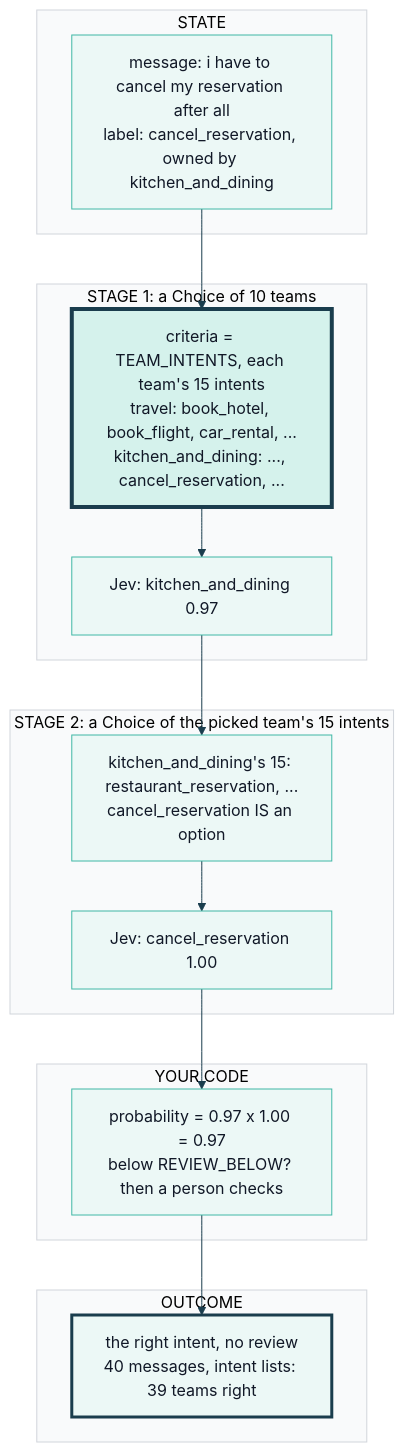
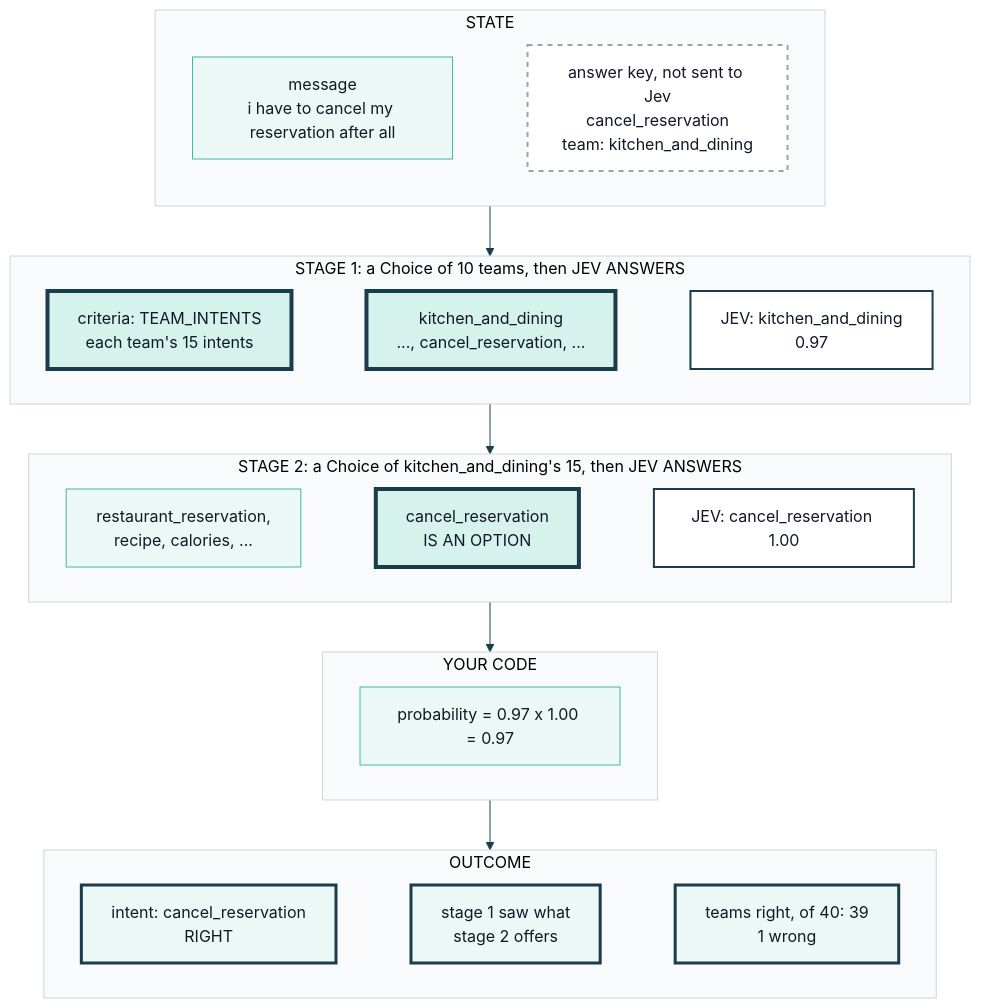
Before and after one commit to axel-sirota/getting_started_jev: the diagram in course/diagrams/module_02/p3-solution-criteria-as-data.mmd, drawn with Mermaid. The commit also changed 75 other files, not shown here.

Commit message:
Modules 1 and 2: visual pass (figures redrawn to read-at-a-glance limits, demo charts, lab maps, prose cut)

```diff
--- a/course/diagrams/module_02/p3-solution-criteria-as-data.mmd
+++ b/course/diagrams/module_02/p3-solution-criteria-as-data.mmd
@@ -1,26 +1,43 @@
 %%{init: {"theme": "base", "themeVariables": {"fontFamily": "Inter, sans-serif", "primaryColor": "#ECF8F6", "primaryBorderColor": "#40B8A6", "primaryTextColor": "#111827", "lineColor": "#1A3D4D", "secondaryColor": "#F9FAFB", "tertiaryColor": "#FFFFFF", "clusterBkg": "#F9FAFB", "clusterBorder": "#D1D5DB", "actorBkg": "#ECF8F6", "actorBorder": "#40B8A6", "noteBkgColor": "#FFF6DA", "noteBorderColor": "#E0B84C"}}}%%
-flowchart TD
+flowchart TB
   subgraph STATE["STATE"]
-    S["message: i have to cancel my reservation after all<br/>label: cancel_reservation, owned by kitchen_and_dining"]
+    direction LR
+    S1["message<br/>i have to cancel my reservation after all"]
+    S2["answer key, not sent to Jev<br/>cancel_reservation<br/>team: kitchen_and_dining"]
+    S1 ~~~ S2
   end
-  subgraph STAGE1["STAGE 1: a Choice of 10 teams"]
-    T["criteria = TEAM_INTENTS, each team's 15 intents<br/>travel: book_hotel, book_flight, car_rental, ...<br/>kitchen_and_dining: ..., cancel_reservation, ..."]
-    TA["Jev: kitchen_and_dining 0.97"]
+  subgraph STAGE1["STAGE 1: a Choice of 10 teams, then JEV ANSWERS"]
+    direction LR
+    T1["criteria: TEAM_INTENTS<br/>each team's 15 intents"]
+    T2["kitchen_and_dining<br/>..., cancel_reservation, ..."]
+    T3["JEV: kitchen_and_dining<br/>0.97"]
+    T1 ~~~ T2 ~~~ T3
   end
-  subgraph STAGE2["STAGE 2: a Choice of the picked team's 15 intents"]
-    I["kitchen_and_dining's 15: restaurant_reservation, ...<br/>cancel_reservation IS an option"]
-    IA["Jev: cancel_reservation 1.00"]
+  subgraph STAGE2["STAGE 2: a Choice of kitchen_and_dining's 15, then JEV ANSWERS"]
+    direction LR
+    I1["restaurant_reservation,<br/>recipe, calories, ..."]
+    I2["cancel_reservation<br/>IS AN OPTION"]
+    I3["JEV: cancel_reservation 1.00"]
+    I1 ~~~ I2 ~~~ I3
   end
   subgraph CODE["YOUR CODE"]
-    P["probability = 0.97 x 1.00 = 0.97<br/>below REVIEW_BELOW? then a person checks"]
+    direction LR
+    P["probability = 0.97 x 1.00 = 0.97"]
   end
   subgraph OUTCOME["OUTCOME"]
-    O["the right intent, no review<br/>40 messages, intent lists: 39 teams right"]
+    direction LR
+    O1["intent: cancel_reservation<br/>RIGHT"]
+    O2["stage 1 saw what<br/>stage 2 offers"]
+    O3["teams right, of 40: 39<br/>1 wrong"]
+    O1 ~~~ O2 ~~~ O3
   end
-  S --> T --> TA --> I --> IA --> P --> O
+  STATE --> STAGE1 --> STAGE2 --> CODE --> OUTCOME
 
-  classDef fail fill:#FDECEA,stroke:#B42318,stroke-width:4px
   classDef changed fill:#D5F2EC,stroke:#1A3D4D,stroke-width:4px
+  classDef score fill:#FFFFFF,stroke:#1A3D4D,stroke-width:2px
   classDef ok fill:#ECF8F6,stroke:#1A3D4D,stroke-width:3px
-  class T changed
-  class O ok
+  class T1,T2,I2 changed
+  class T3,I3 score
+  class O1,O2,O3 ok
+  classDef key fill:#FFFFFF,stroke:#9CA3AF,stroke-width:2px,stroke-dasharray:5 5
+  class S2 key
```
